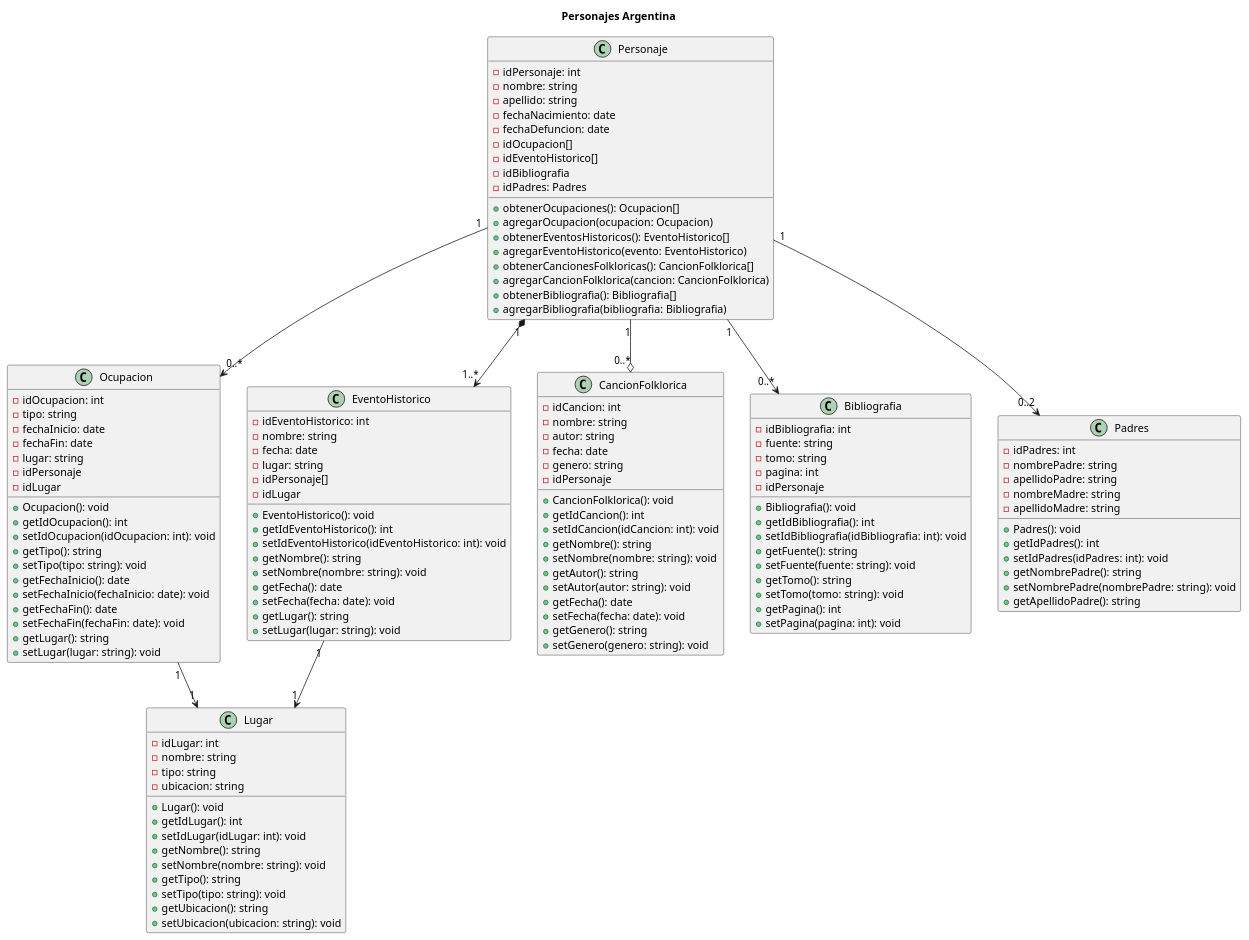
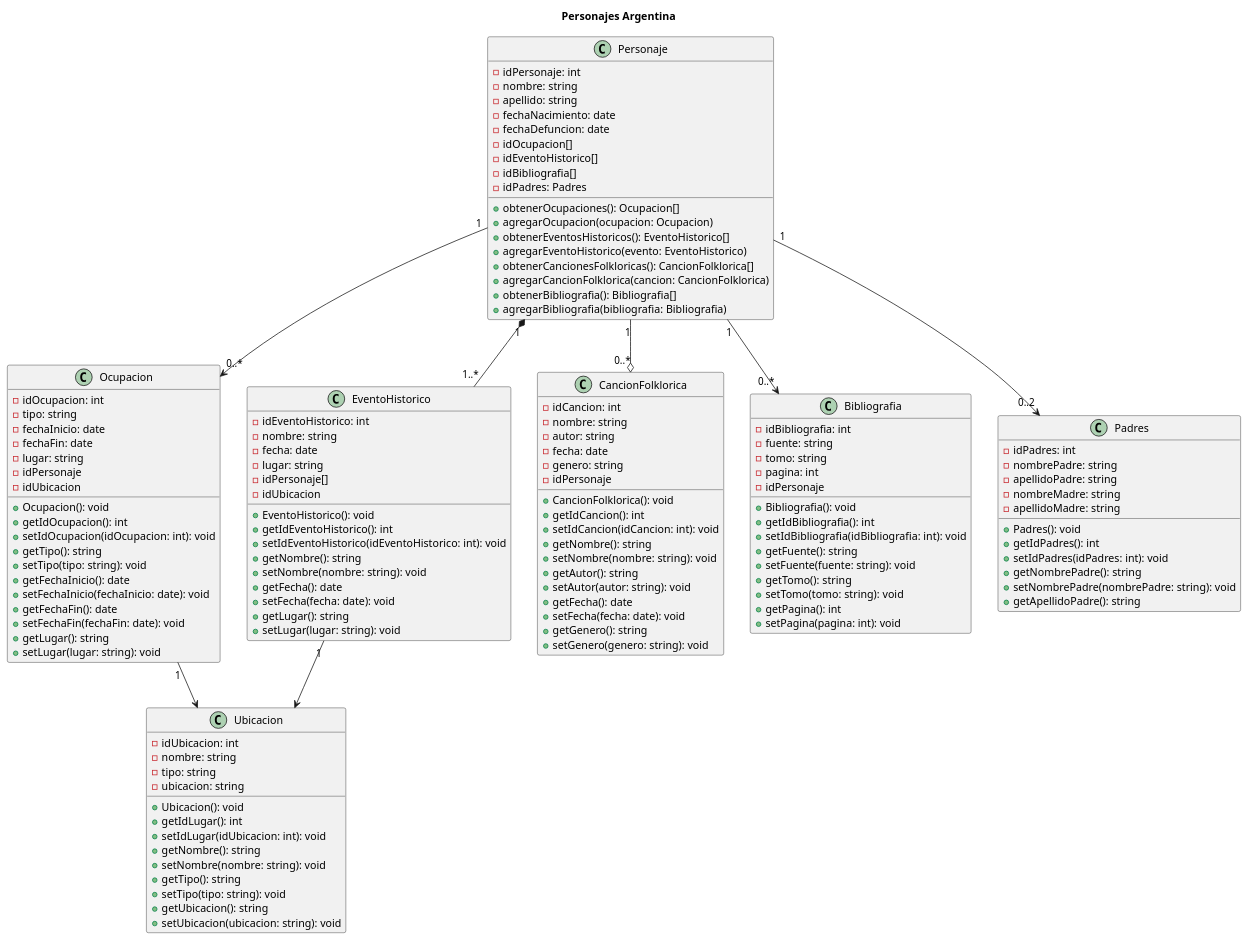
One commit to Andreskub/sistemas-informacion changed the diagram in 2-personajes-arg/dc.plantuml. Above: the diagram before and after it, drawn with PlantUML. The commit also changed 4 other files, not shown here.

Commit message:
Agrego mas diagramas

```diff
--- a/2-personajes-arg/dc.plantuml
+++ b/2-personajes-arg/dc.plantuml
@@ -1,146 +1,146 @@
 @startuml Personajes Argentina
 
 title Personajes Argentina
 
 class Personaje {
     - idPersonaje: int
     - nombre: string
     - apellido: string
     - fechaNacimiento: date
     - fechaDefuncion: date
     - idOcupacion[]
     - idEventoHistorico[]
-    - idBibliografia
+    - idBibliografia[]
     - idPadres: Padres
 
     + obtenerOcupaciones(): Ocupacion[]
     + agregarOcupacion(ocupacion: Ocupacion)
     + obtenerEventosHistoricos(): EventoHistorico[]
     + agregarEventoHistorico(evento: EventoHistorico)
     + obtenerCancionesFolkloricas(): CancionFolklorica[]
     + agregarCancionFolklorica(cancion: CancionFolklorica)
     + obtenerBibliografia(): Bibliografia[]
     + agregarBibliografia(bibliografia: Bibliografia)
 }
 
 class Ocupacion {
     - idOcupacion: int
     - tipo: string
     - fechaInicio: date
     - fechaFin: date
     - lugar: string
     - idPersonaje
-    - idLugar
+    - idUbicacion
 
     + Ocupacion(): void
     + getIdOcupacion(): int
     + setIdOcupacion(idOcupacion: int): void
     + getTipo(): string
     + setTipo(tipo: string): void
     + getFechaInicio(): date
     + setFechaInicio(fechaInicio: date): void
     + getFechaFin(): date
     + setFechaFin(fechaFin: date): void
     + getLugar(): string
     + setLugar(lugar: string): void
 }
 
 class EventoHistorico {
     - idEventoHistorico: int
     - nombre: string
     - fecha: date
     - lugar: string
     - idPersonaje[]
-    - idLugar
+    - idUbicacion
 
     + EventoHistorico(): void
     + getIdEventoHistorico(): int
     + setIdEventoHistorico(idEventoHistorico: int): void
     + getNombre(): string
     + setNombre(nombre: string): void
     + getFecha(): date
     + setFecha(fecha: date): void
     + getLugar(): string
     + setLugar(lugar: string): void
 }
 
 class CancionFolklorica {
     - idCancion: int
     - nombre: string
     - autor: string
     - fecha: date
     - genero: string
     - idPersonaje
 
     + CancionFolklorica(): void
     + getIdCancion(): int
     + setIdCancion(idCancion: int): void
     + getNombre(): string
     + setNombre(nombre: string): void
     + getAutor(): string
     + setAutor(autor: string): void
     + getFecha(): date
     + setFecha(fecha: date): void
     + getGenero(): string
     + setGenero(genero: string): void
 }
 
 class Bibliografia {
     - idBibliografia: int
     - fuente: string
     - tomo: string
     - pagina: int
     - idPersonaje
 
     + Bibliografia(): void
     + getIdBibliografia(): int
     + setIdBibliografia(idBibliografia: int): void
     + getFuente(): string
     + setFuente(fuente: string): void
     + getTomo(): string
     + setTomo(tomo: string): void
     + getPagina(): int
     + setPagina(pagina: int): void
 }
 
-class Lugar {
-    - idLugar: int
+class Ubicacion {
+    - idUbicacion: int
     - nombre: string
     - tipo: string
     - ubicacion: string
 
-    + Lugar(): void
+    + Ubicacion(): void
     + getIdLugar(): int
-    + setIdLugar(idLugar: int): void
+    + setIdLugar(idUbicacion: int): void
     + getNombre(): string
     + setNombre(nombre: string): void
     + getTipo(): string
     + setTipo(tipo: string): void
     + getUbicacion(): string
     + setUbicacion(ubicacion: string): void
 }
 
 class Padres {
     - idPadres: int
     - nombrePadre: string
     - apellidoPadre: string
     - nombreMadre: string
     - apellidoMadre: string
 
     + Padres(): void
     + getIdPadres(): int
     + setIdPadres(idPadres: int): void
     + getNombrePadre(): string
     + setNombrePadre(nombrePadre: string): void
     + getApellidoPadre(): string
 }
 
 Personaje "1" --> "0..*" Ocupacion
-Personaje "1" *--> "1..*" EventoHistorico
+Personaje "1" *-- "1..*" EventoHistorico
 Personaje "1" --o "0..*" CancionFolklorica
 Personaje "1" --> "0..*" Bibliografia
 Personaje "1" --> "0..2" Padres
-Ocupacion "1" --> "1" Lugar
-EventoHistorico "1" --> "1" Lugar
+Ocupacion "1" --> Ubicacion
+EventoHistorico "1" --> Ubicacion
 
 @enduml
```
